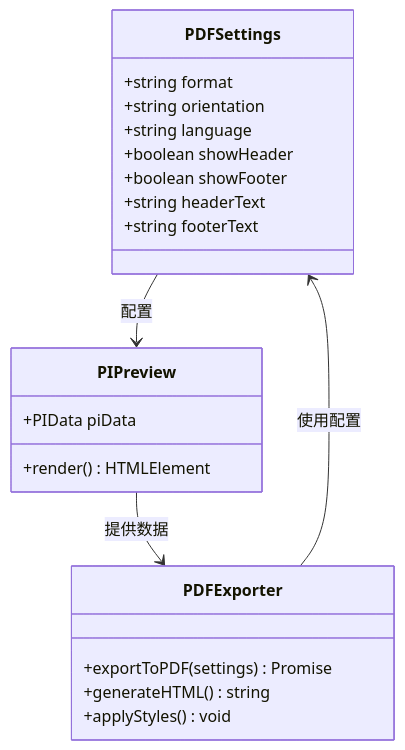
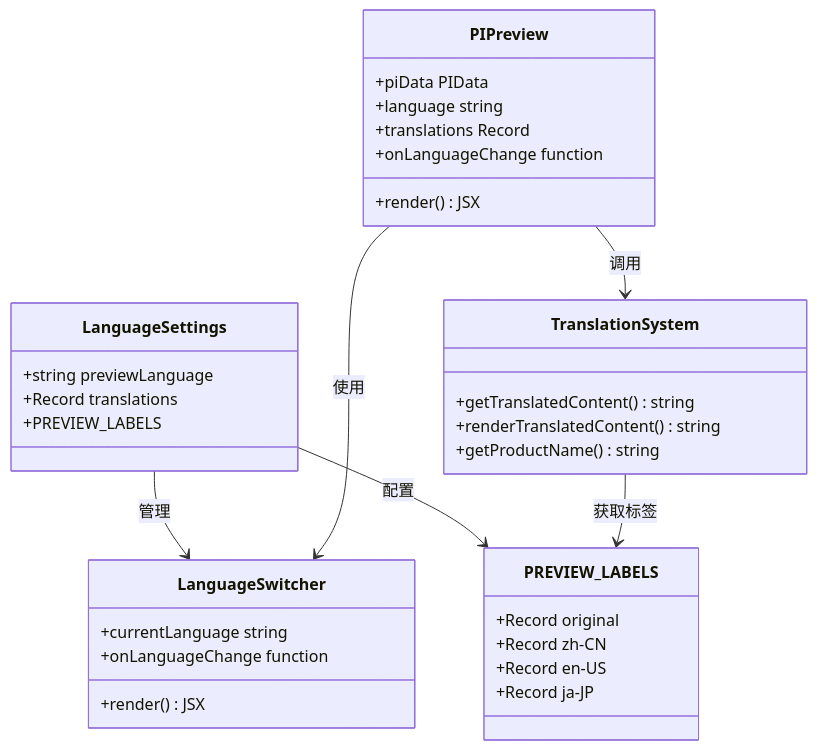
The seventh of 11 diagrams in .qoder/repowiki/zh/content/Pi Editor Component.md (CubeEdge/Longhorn), drawn with Mermaid before and after one commit. The commit also changed other lines of this file and 53 other files, not shown here.

````diff
--- a/.qoder/repowiki/zh/content/Pi Editor Component.md
+++ b/.qoder/repowiki/zh/content/Pi Editor Component.md
@@ -254,24 +371,36 @@
 ```mermaid
 classDiagram
-class PDFSettings {
-+string format
-+string orientation
-+string language
-+boolean showHeader
-+boolean showFooter
-+string headerText
-+string footerText
+class LanguageSettings {
++string previewLanguage
++Record translations
++PREVIEW_LABELS
+}
+class PREVIEW_LABELS {
++Record original
++Record zh-CN
++Record en-US
++Record ja-JP
+}
+class LanguageSwitcher {
++currentLanguage string
++onLanguageChange function
++render() JSX
 }
 class PIPreview {
-+PIData piData
-+render() HTMLElement
++piData PIData
++language string
++translations Record
++onLanguageChange function
++render() JSX
 }
-class PDFExporter {
-+exportToPDF(settings) Promise
-+generateHTML() string
-+applyStyles() void
+class TranslationSystem {
++getTranslatedContent() string
++renderTranslatedContent() string
++getProductName() string
 }
-PDFSettings --> PIPreview : 配置
-PIPreview --> PDFExporter : 提供数据
-PDFExporter --> PDFSettings : 使用配置
+LanguageSettings --> PREVIEW_LABELS : 配置
+LanguageSettings --> LanguageSwitcher : 管理
+PIPreview --> LanguageSwitcher : 使用
+PIPreview --> TranslationSystem : 调用
+TranslationSystem --> PREVIEW_LABELS : 获取标签
 ```
````
